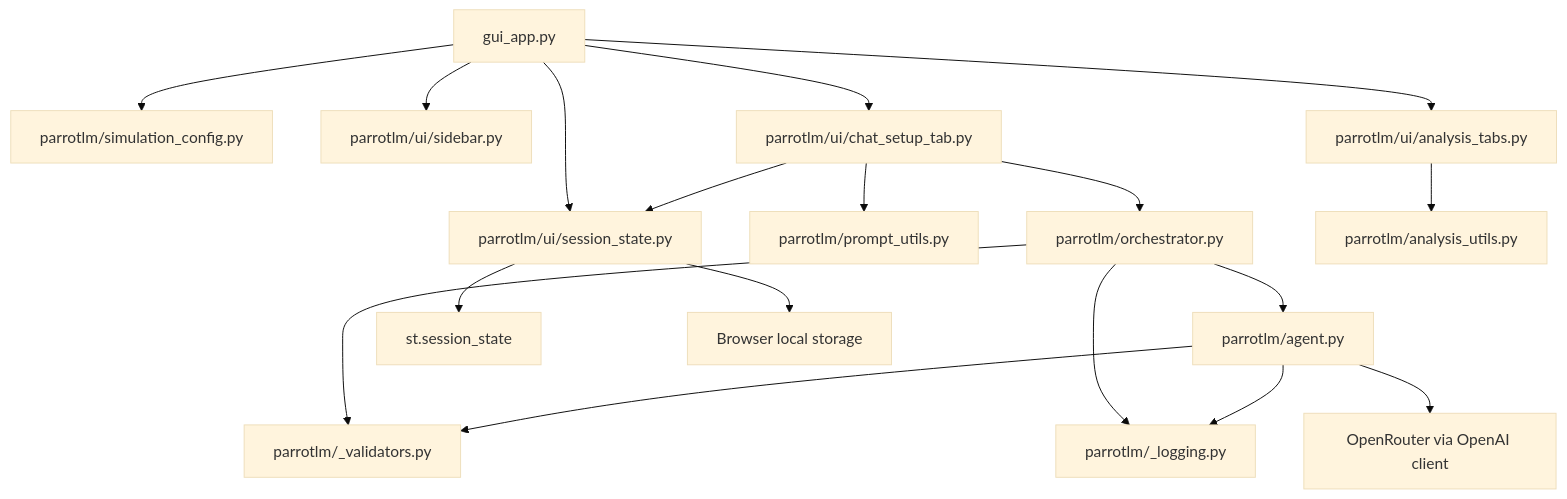
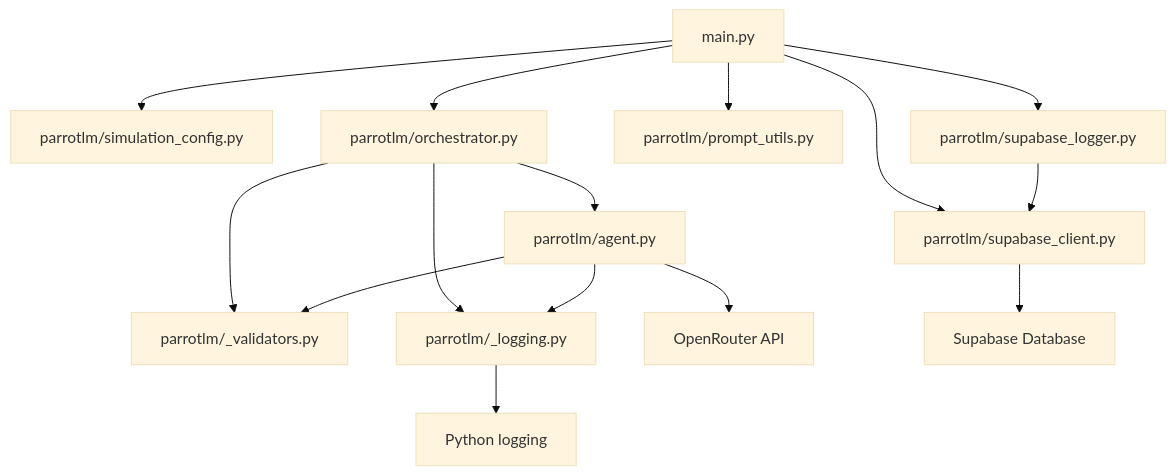
Before and after one commit to gdc0000/parrot-lm: the diagram in module_map.md, drawn with Mermaid (base theme). The commit also changed other lines of this file and 22 other files, not shown here.

````diff
--- a/module_map.md
+++ b/module_map.md
@@ -166,23 +96,21 @@
 ```mermaid
 graph TD
-    app[gui_app.py] --> cfg[parrotlm/simulation_config.py]
-    app --> side[parrotlm/ui/sidebar.py]
-    app --> chat[parrotlm/ui/chat_setup_tab.py]
-    app --> tabs[parrotlm/ui/analysis_tabs.py]
-    app --> state[parrotlm/ui/session_state.py]
-
-    chat --> prompt[parrotlm/prompt_utils.py]
-    chat --> orch[parrotlm/orchestrator.py]
-    tabs --> analysis[parrotlm/analysis_utils.py]
-    chat --> state
+    main[main.py] --> cfg[parrotlm/simulation_config.py]
+    main --> orch[parrotlm/orchestrator.py]
+    main --> prompt[parrotlm/prompt_utils.py]
+    main --> supalog[parrotlm/supabase_logger.py]
+    main --> supacli[parrotlm/supabase_client.py]
 
     orch --> agent[parrotlm/agent.py]
     orch --> val[parrotlm/_validators.py]
     orch --> log[parrotlm/_logging.py]
+
+    supalog --> supacli
+
     agent --> val
     agent --> log
-    agent --> openrouter[OpenRouter via OpenAI client]
+    agent --> openrouter[OpenRouter API]
 
-    state --> session[st.session_state]
-    state --> local[Browser local storage]
+    log --> stdlib[Python logging]
+    supacli --> supabase[Supabase Database]
 ```
````
